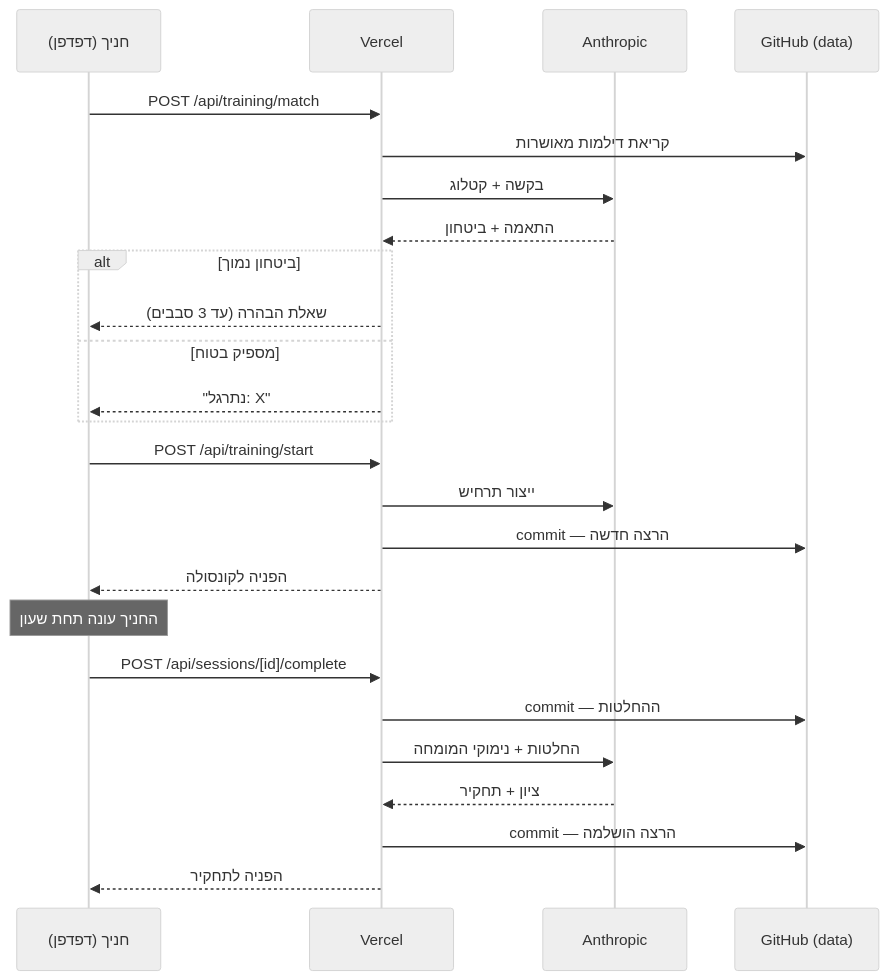
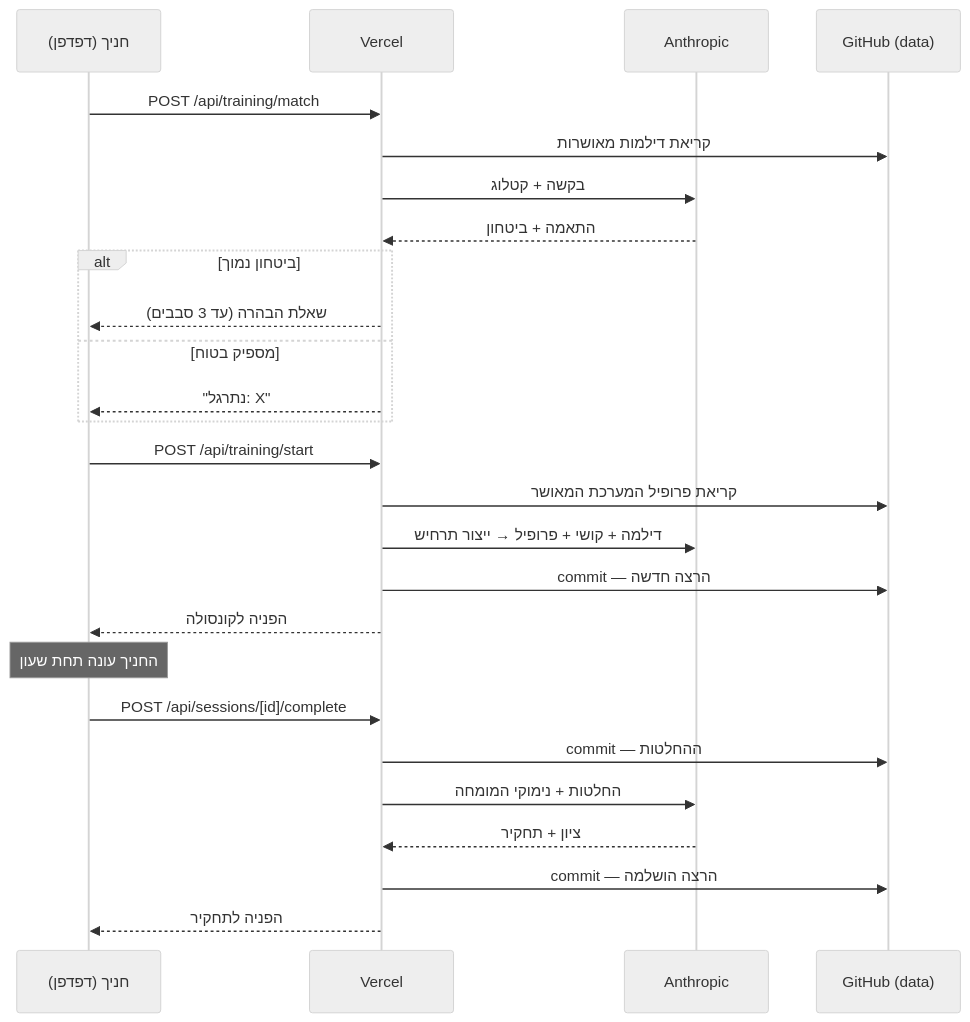
One commit to nimrodekel-hub/AD_SIMULATOR changed the third of 3 diagrams in ARCHITECTURE.md. Above: the diagram before and after it, drawn with Mermaid (neutral theme). The commit also changed other lines of this file and 1 other file, not shown here.

Commit message:
Stage 8: document the behaviour profile in the README and the architecture reference

````diff
--- a/ARCHITECTURE.md
+++ b/ARCHITECTURE.md
@@ -155,31 +233,32 @@
 ```mermaid
 sequenceDiagram
     participant T as חניך (דפדפן)
     participant V as Vercel
     participant A as Anthropic
     participant G as GitHub (data)
 
     T->>V: POST /api/training/match
     V->>G: קריאת דילמות מאושרות
     V->>A: בקשה + קטלוג
     A-->>V: התאמה + ביטחון
     alt ביטחון נמוך
         V-->>T: שאלת הבהרה (עד 3 סבבים)
     else מספיק בטוח
         V-->>T: "נתרגל: X"
     end
 
     T->>V: POST /api/training/start
-    V->>A: ייצור תרחיש
+    V->>G: קריאת פרופיל המערכת המאושר
+    V->>A: דילמה + קושי + פרופיל → ייצור תרחיש
     V->>G: commit — הרצה חדשה
     V-->>T: הפניה לקונסולה
 
     Note over T: החניך עונה תחת שעון
 
     T->>V: POST /api/sessions/[id]/complete
     V->>G: commit — ההחלטות
     V->>A: החלטות + נימוקי המומחה
     A-->>V: ציון + תחקיר
     V->>G: commit — הרצה הושלמה
     V-->>T: הפניה לתחקיר
 ```
````
